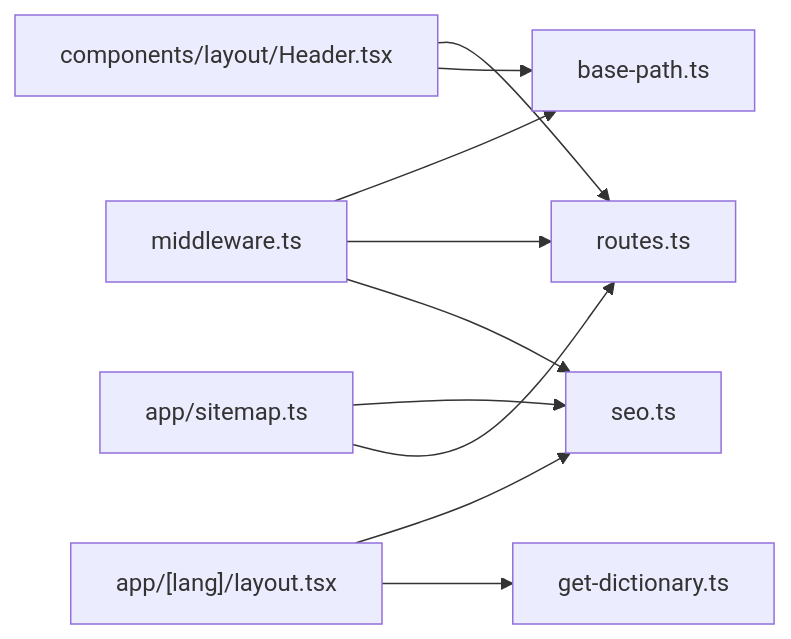
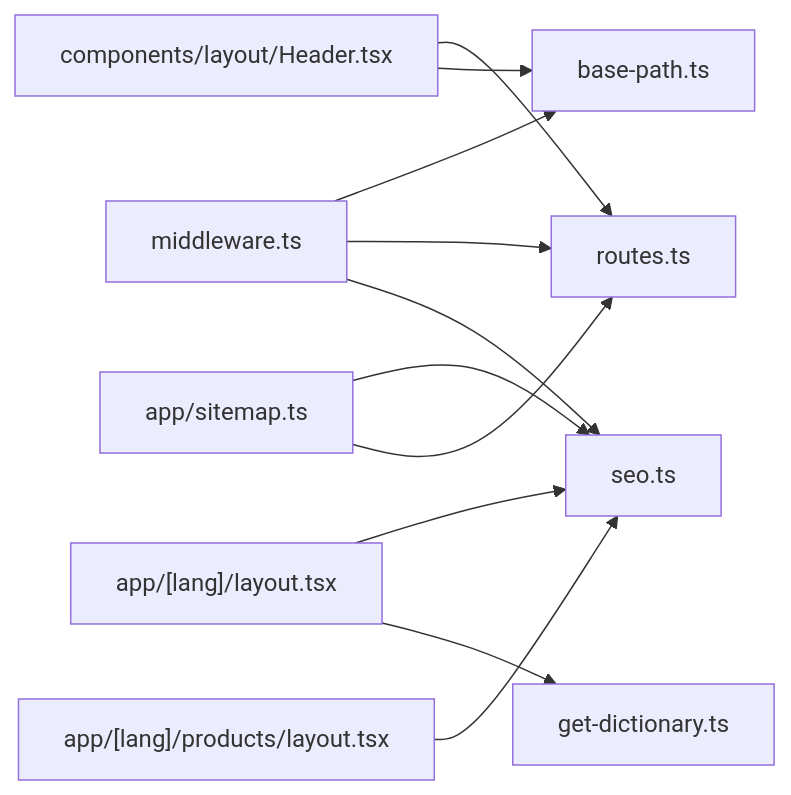
One commit to erdemerciyas/bgts changed the eighth of 8 diagrams in .qoder/repowiki/en/content/Internationalization (i18n)/URL Routing & Localization.md. Above: the diagram before and after it, drawn with Mermaid. The commit also changed other lines of this file and 21 other files, not shown here.

````diff
--- a/.qoder/repowiki/en/content/Internationalization (i18n)/URL Routing & Localization.md
+++ b/.qoder/repowiki/en/content/Internationalization (i18n)/URL Routing & Localization.md
@@ -319,12 +347,13 @@
 ```mermaid
 graph LR
 MW["middleware.ts"] --> BP["base-path.ts"]
 MW --> RT["routes.ts"]
 MW --> SEO["seo.ts"]
 APP["app/[lang]/layout.tsx"] --> SEO
 APP --> DICT["get-dictionary.ts"]
 HDR["components/layout/Header.tsx"] --> RT
 HDR --> BP
 SM["app/sitemap.ts"] --> SEO
 SM --> RT
+PROD["app/[lang]/products/layout.tsx"] --> SEO
 ```
````
